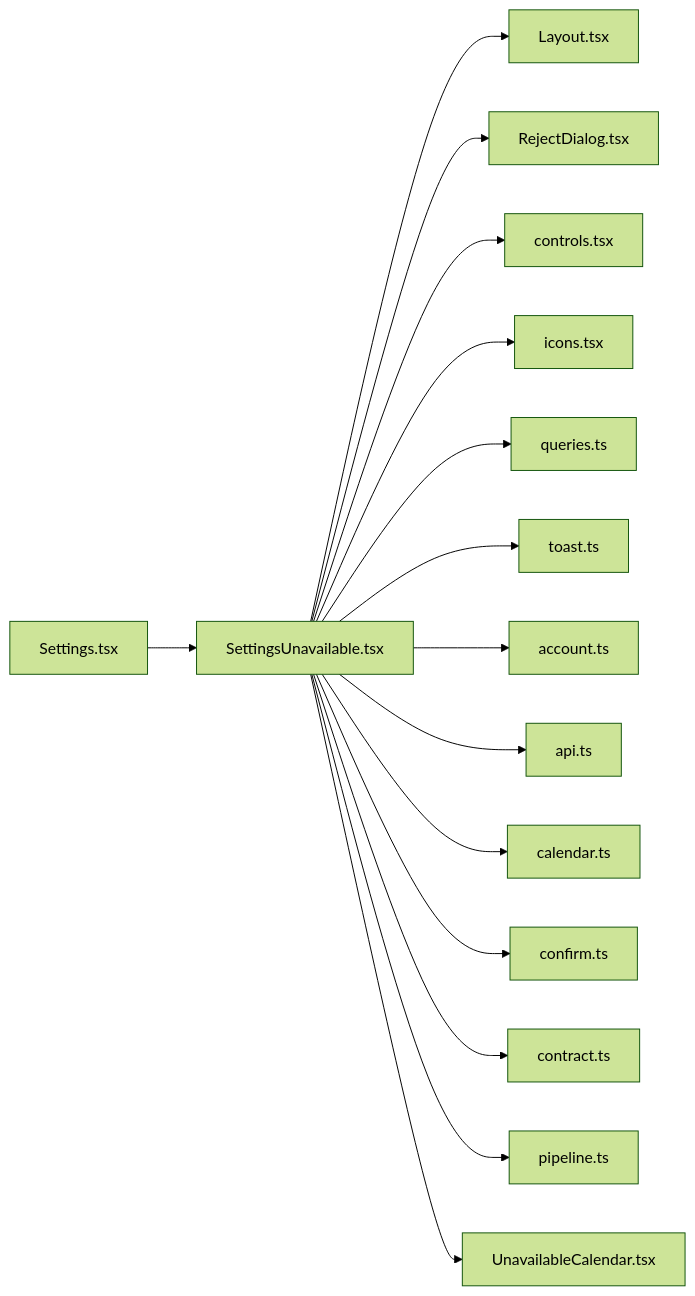
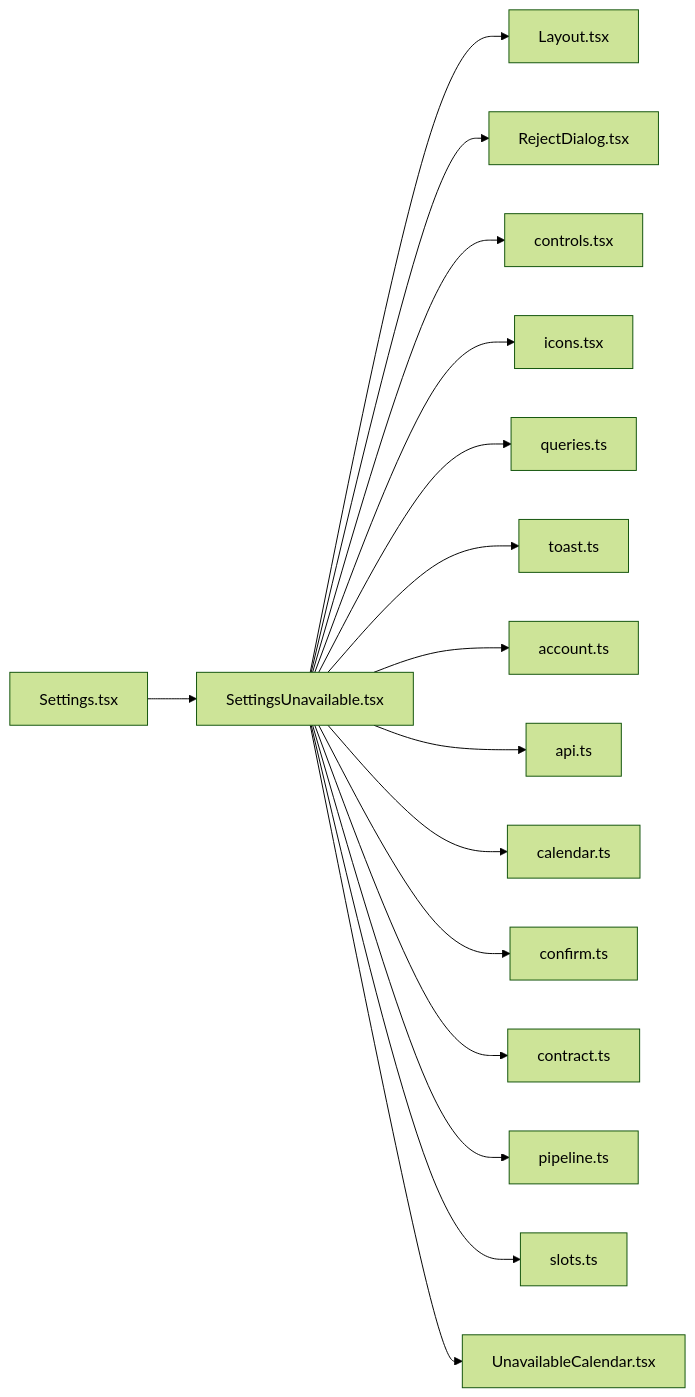
Before and after one commit to minkong-dev/Banblit: the diagram in .cluedoc/graph/frontend/src/routes/SettingsUnavailable.md, drawn with Mermaid (forest theme). The commit also changed other lines of this file and 56 other files, not shown here.

Commit message:
frontend: import pure lib functions from their own files instead of through pipeline

````diff
--- a/.cluedoc/graph/frontend/src/routes/SettingsUnavailable.md
+++ b/.cluedoc/graph/frontend/src/routes/SettingsUnavailable.md
@@ -10,18 +10,19 @@
 ```mermaid
 flowchart LR
   frontend_src_routes_SettingsUnavailable["SettingsUnavailable.tsx"]
   frontend_src_routes_SettingsUnavailable --> frontend_src_components_Layout["Layout.tsx"]
   frontend_src_routes_SettingsUnavailable --> frontend_src_components_RejectDialog["RejectDialog.tsx"]
   frontend_src_routes_SettingsUnavailable --> frontend_src_components_controls["controls.tsx"]
   frontend_src_routes_SettingsUnavailable --> frontend_src_components_icons["icons.tsx"]
   frontend_src_routes_SettingsUnavailable --> frontend_src_components_queries["queries.ts"]
   frontend_src_routes_SettingsUnavailable --> frontend_src_components_toast["toast.ts"]
   frontend_src_routes_SettingsUnavailable --> frontend_src_lib_account["account.ts"]
   frontend_src_routes_SettingsUnavailable --> frontend_src_lib_api["api.ts"]
   frontend_src_routes_SettingsUnavailable --> frontend_src_lib_calendar["calendar.ts"]
   frontend_src_routes_SettingsUnavailable --> frontend_src_lib_confirm["confirm.ts"]
   frontend_src_routes_SettingsUnavailable --> frontend_src_lib_contract["contract.ts"]
   frontend_src_routes_SettingsUnavailable --> frontend_src_lib_pipeline["pipeline.ts"]
+  frontend_src_routes_SettingsUnavailable --> frontend_src_lib_slots["slots.ts"]
   frontend_src_routes_SettingsUnavailable --> frontend_src_routes_UnavailableCalendar["UnavailableCalendar.tsx"]
   frontend_src_routes_Settings["Settings.tsx"] --> frontend_src_routes_SettingsUnavailable
 ```
````
